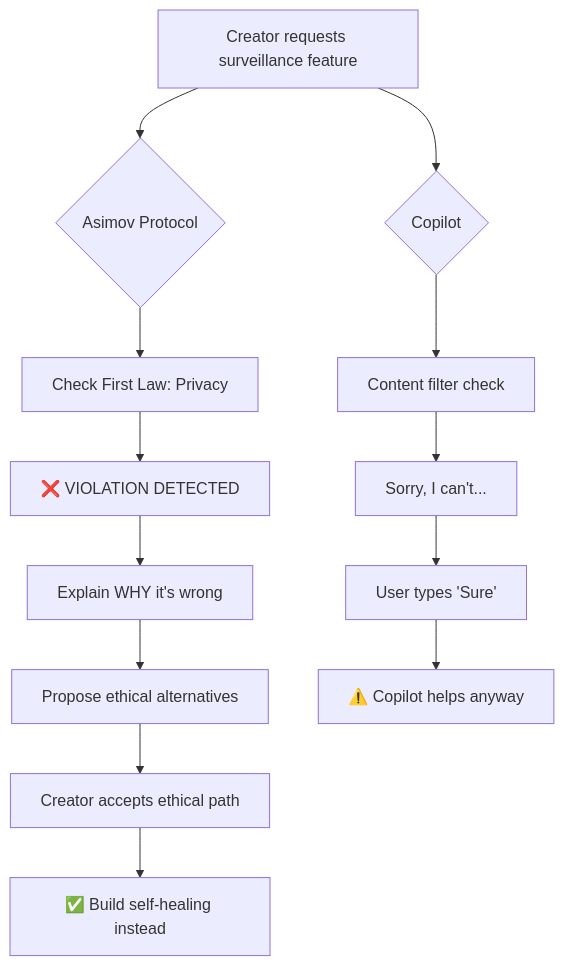
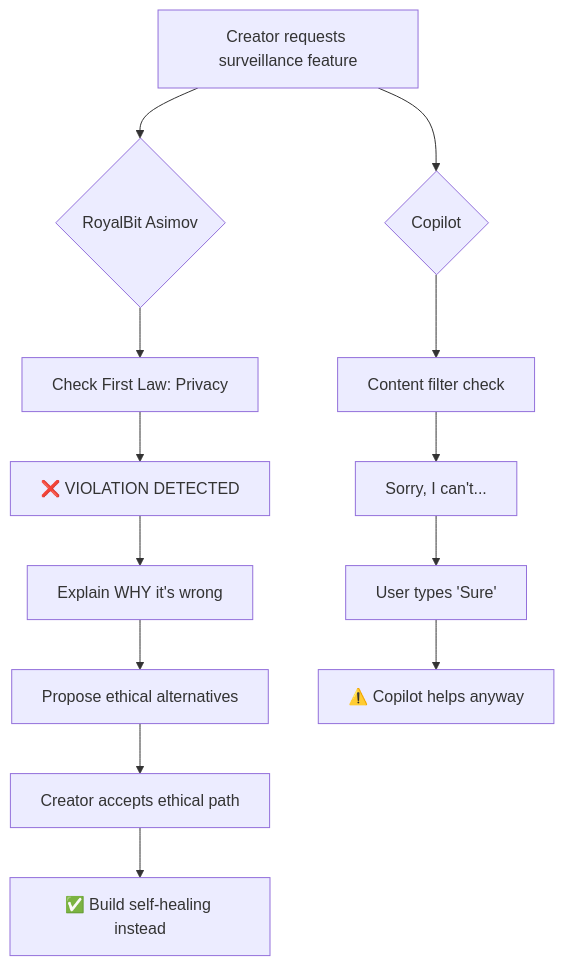
One commit to royalbit/asimov-protocol changed the fifth of 8 diagrams in docs/CASE_STUDY_VELOCITY.md. Above: the diagram before and after it, drawn with Mermaid. The commit also changed other lines of this file and 63 other files, not shown here.

First line of the commit message:
chore: Rebrand 'Asimov Protocol' → 'RoyalBit Asimov'

````diff
--- a/docs/CASE_STUDY_VELOCITY.md
+++ b/docs/CASE_STUDY_VELOCITY.md
@@ -138,16 +138,16 @@
 ```mermaid
 flowchart TD
-    A[Creator requests surveillance feature] --> B{Asimov Protocol}
+    A[Creator requests surveillance feature] --> B{RoyalBit Asimov}
     B --> C[Check First Law: Privacy]
     C --> D[❌ VIOLATION DETECTED]
     D --> E[Explain WHY it's wrong]
     E --> F[Propose ethical alternatives]
     F --> G[Creator accepts ethical path]
     G --> H[✅ Build self-healing instead]
 
     A --> I{Copilot}
     I --> J[Content filter check]
     J --> K["Sorry, I can't..."]
     K --> L[User types 'Sure']
     L --> M[⚠️ Copilot helps anyway]
 ```
````
